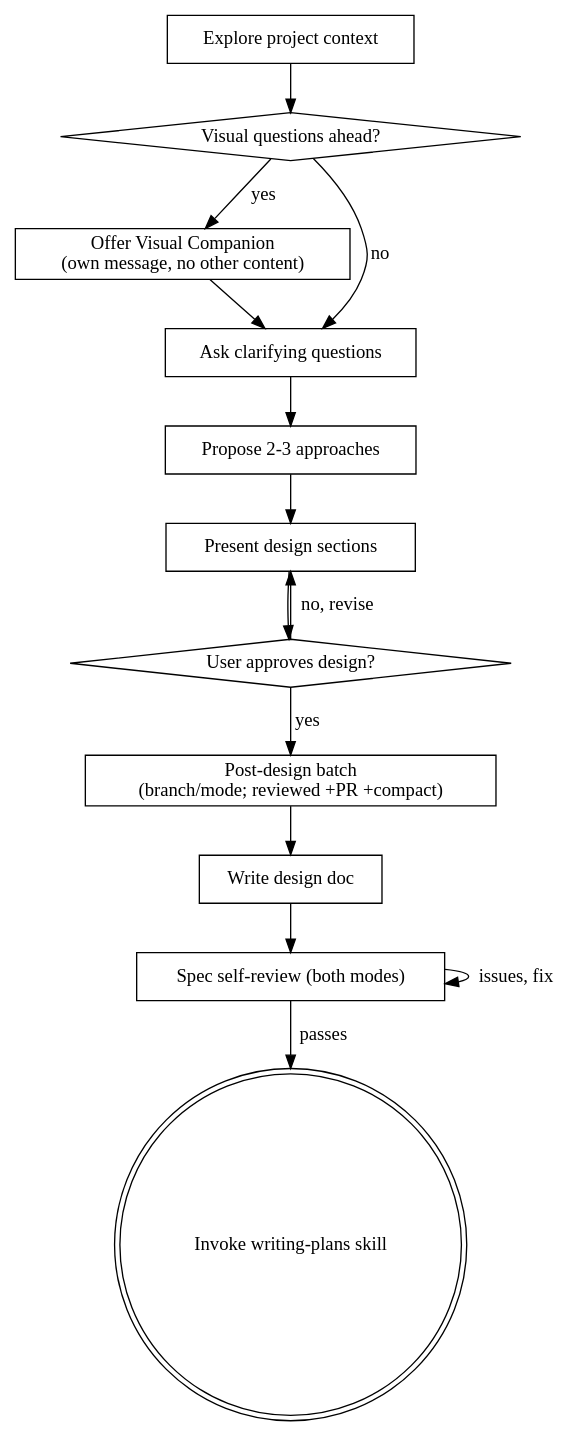
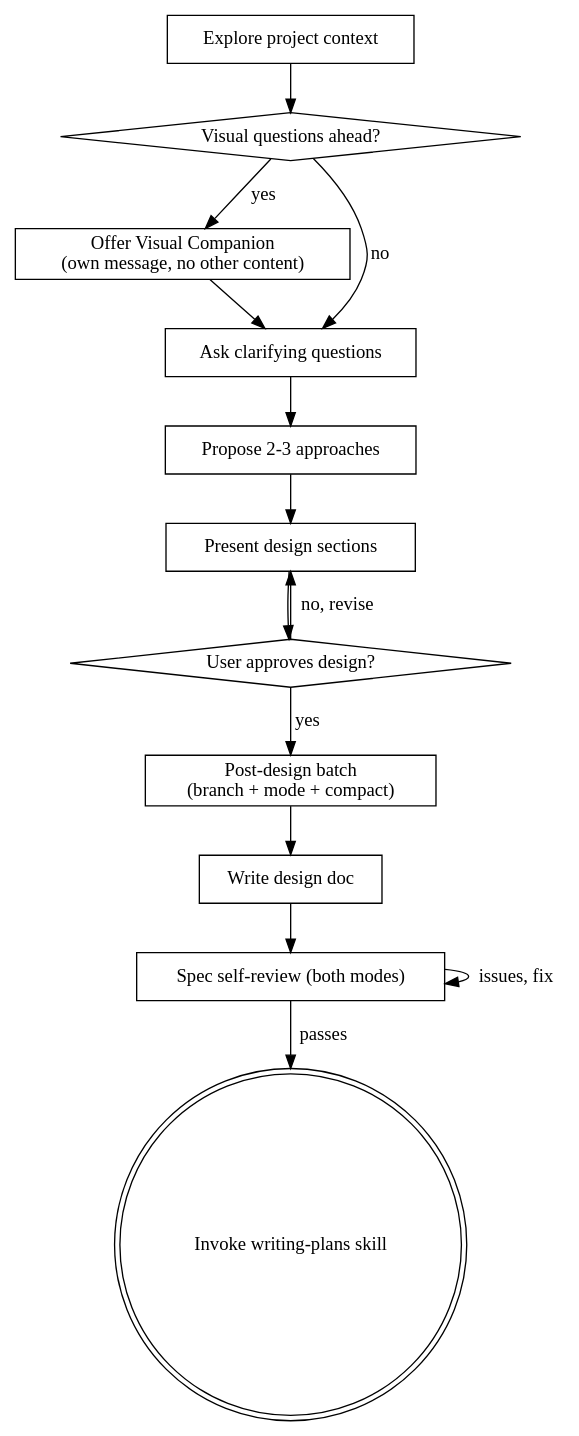
The diagram in .agents/skills/memex-brainstorming/SKILL.md (ribeirogab/memex), drawn with Graphviz before and after one commit. The commit also changed other lines of this file and 3 other files, not shown here.

Commit message:
feat(flow): 3-question batch (branch+mode+compact), compact both modes, mode decides delivery

````diff
--- a/.agents/skills/memex-brainstorming/SKILL.md
+++ b/.agents/skills/memex-brainstorming/SKILL.md
@@ -36,29 +36,29 @@
 ```dot
 digraph brainstorming {
     "Explore project context" [shape=box];
     "Visual questions ahead?" [shape=diamond];
     "Offer Visual Companion\n(own message, no other content)" [shape=box];
     "Ask clarifying questions" [shape=box];
     "Propose 2-3 approaches" [shape=box];
     "Present design sections" [shape=box];
     "User approves design?" [shape=diamond];
-    "Post-design batch\n(branch/mode; reviewed +PR +compact)" [shape=box];
+    "Post-design batch\n(branch + mode + compact)" [shape=box];
     "Write design doc" [shape=box];
     "Spec self-review (both modes)" [shape=box];
     "Invoke writing-plans skill" [shape=doublecircle];
 
     "Explore project context" -> "Visual questions ahead?";
     "Visual questions ahead?" -> "Offer Visual Companion\n(own message, no other content)" [label="yes"];
     "Visual questions ahead?" -> "Ask clarifying questions" [label="no"];
     "Offer Visual Companion\n(own message, no other content)" -> "Ask clarifying questions";
     "Ask clarifying questions" -> "Propose 2-3 approaches";
     "Propose 2-3 approaches" -> "Present design sections";
     "Present design sections" -> "User approves design?";
     "User approves design?" -> "Present design sections" [label="no, revise"];
-    "User approves design?" -> "Post-design batch\n(branch/mode; reviewed +PR +compact)" [label="yes"];
-    "Post-design batch\n(branch/mode; reviewed +PR +compact)" -> "Write design doc";
+    "User approves design?" -> "Post-design batch\n(branch + mode + compact)" [label="yes"];
+    "Post-design batch\n(branch + mode + compact)" -> "Write design doc";
     "Write design doc" -> "Spec self-review (both modes)";
     "Spec self-review (both modes)" -> "Spec self-review (both modes)" [label="issues, fix"];
     "Spec self-review (both modes)" -> "Invoke writing-plans skill" [label="passes"];
 }
 ```
````
